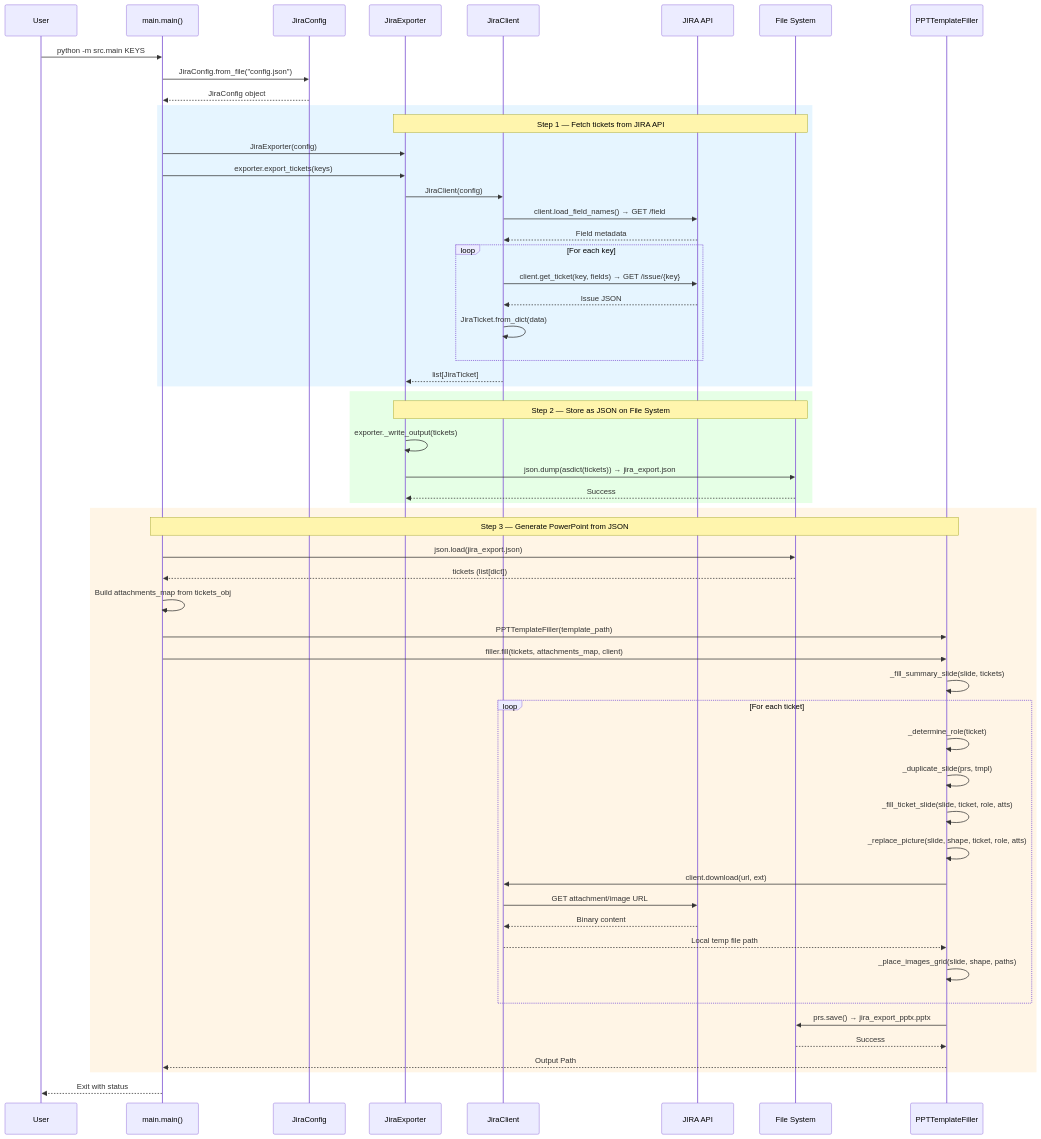
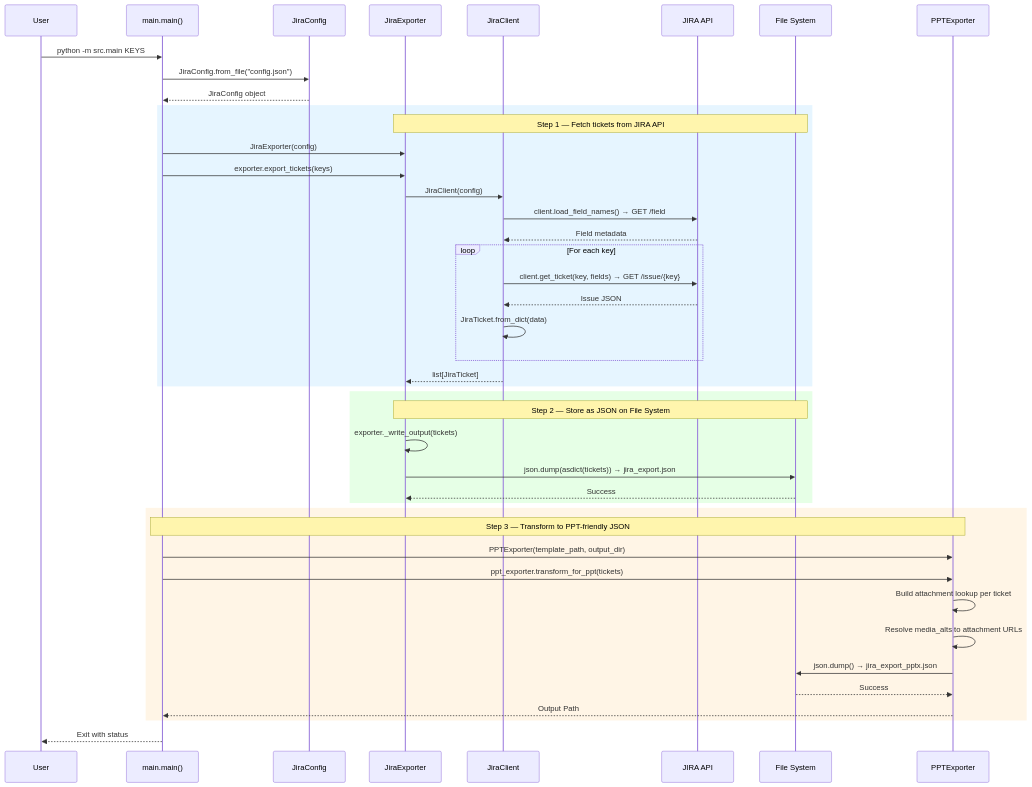
Before and after one commit to baochen-rw/JIRA-exporter: the second of 3 diagrams in design/detailed design.md, drawn with Mermaid. The commit also changed other lines of this file and 1 other file, not shown here.

Commit message:
[2026-06-26 22:15] update design docs to reflect PPTExporter.transform_for_ppt replacing PPTTemplateFiller

````diff
--- a/design/detailed design.md
+++ b/design/detailed design.md
@@ -94,63 +91,50 @@
 ```mermaid
 sequenceDiagram
     participant U as User
     participant M as main.main()
     participant C as JiraConfig
     participant E as JiraExporter
     participant J as JiraClient
     participant API as JIRA API
     participant F as File System
-    participant P as PPTTemplateFiller
+    participant P as PPTExporter
 
     U->>M: python -m src.main KEYS
     M->>C: JiraConfig.from_file("config.json")
     C-->>M: JiraConfig object
 
     rect rgb(230, 245, 255)
     Note over E,F: Step 1 — Fetch tickets from JIRA API
     M->>E: JiraExporter(config)
     M->>E: exporter.export_tickets(keys)
     E->>J: JiraClient(config)
     J->>API: client.load_field_names() → GET /field
     API-->>J: Field metadata
     loop For each key
         J->>API: client.get_ticket(key, fields) → GET /issue/{key}
         API-->>J: Issue JSON
         J->>J: JiraTicket.from_dict(data)
     end
     J-->>E: list[JiraTicket]
     end
 
     rect rgb(230, 255, 230)
     Note over E,F: Step 2 — Store as JSON on File System
     E->>E: exporter._write_output(tickets)
     E->>F: json.dump(asdict(tickets)) → jira_export.json
     F-->>E: Success
     end
 
     rect rgb(255, 245, 230)
-    Note over M,P: Step 3 — Generate PowerPoint from JSON
-    M->>F: json.load(jira_export.json)
-    F-->>M: tickets (list[dict])
-    M->>M: Build attachments_map from tickets_obj
-    M->>P: PPTTemplateFiller(template_path)
-    M->>P: filler.fill(tickets, attachments_map, client)
-    P->>P: _fill_summary_slide(slide, tickets)
-    loop For each ticket
-        P->>P: _determine_role(ticket)
-        P->>P: _duplicate_slide(prs, tmpl)
-        P->>P: _fill_ticket_slide(slide, ticket, role, atts)
-        P->>P: _replace_picture(slide, shape, ticket, role, atts)
-        P->>J: client.download(url, ext)
-        J->>API: GET attachment/image URL
-        API-->>J: Binary content
-        J-->>P: Local temp file path
-        P->>P: _place_images_grid(slide, shape, paths)
-    end
-    P->>F: prs.save() → jira_export_pptx.pptx
+    Note over M,P: Step 3 — Transform to PPT-friendly JSON
+    M->>P: PPTExporter(template_path, output_dir)
+    M->>P: ppt_exporter.transform_for_ppt(tickets)
+    P->>P: Build attachment lookup per ticket
+    P->>P: Resolve media_alts to attachment URLs
+    P->>F: json.dump() → jira_export_pptx.json
     F-->>P: Success
     P-->>M: Output Path
     end
 
     M-->>U: Exit with status
 ```
````
